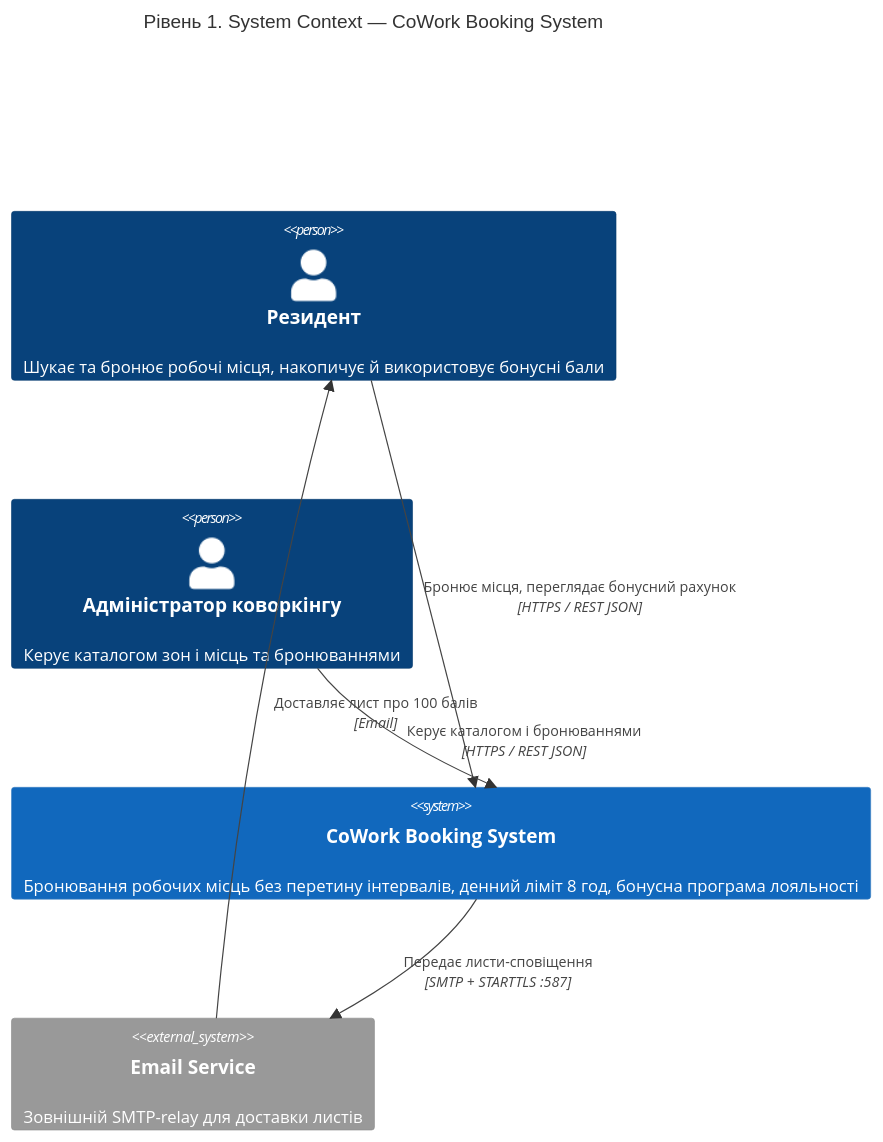
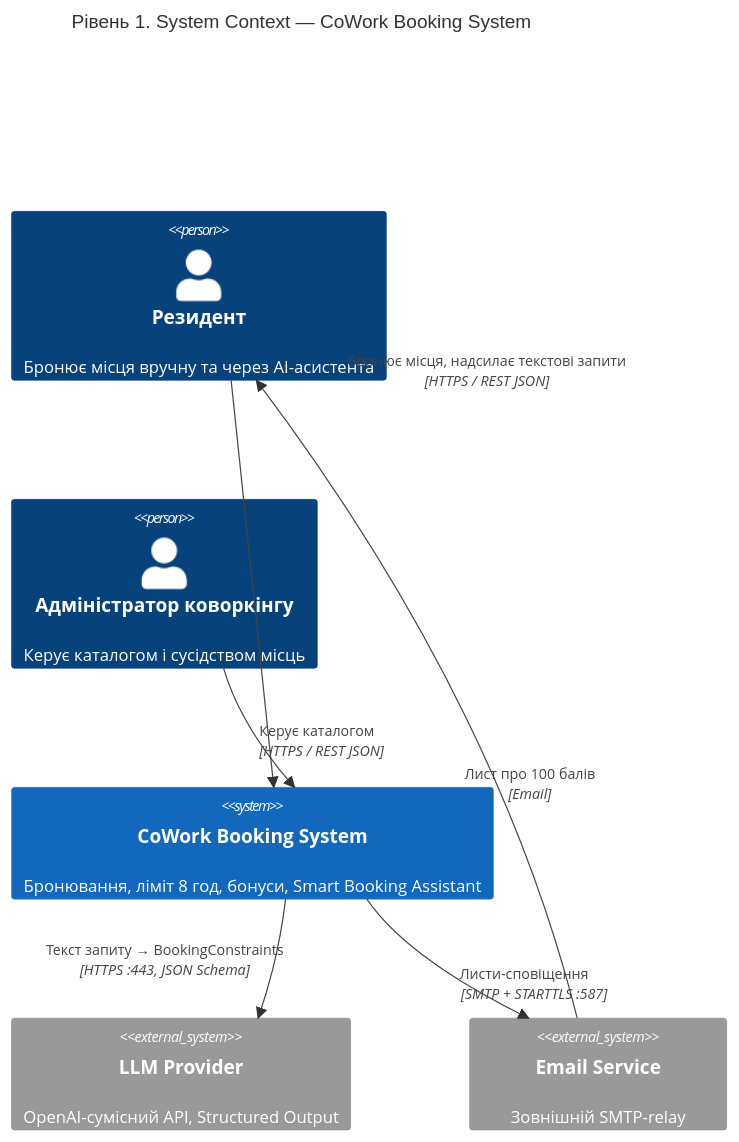
One commit to 1nxiz/F2-diploma-project changed the first of 6 diagrams in docs/2_design.md. Above: the diagram before and after it, drawn with Mermaid. The commit also changed other lines of this file and 21 other files, not shown here.

First line of the commit message:
docs: LR7 architecture consolidation, Smart Booking Assistant, AppSec and docs linter

````diff
--- a/docs/2_design.md
+++ b/docs/2_design.md
@@ -10,16 +88,22 @@
 ```mermaid
 C4Context
   title Рівень 1. System Context — CoWork Booking System
 
-  Person(resident, "Резидент", "Шукає та бронює робочі місця, накопичує й використовує бонусні бали")
-  Person(admin, "Адміністратор коворкінгу", "Керує каталогом зон і місць та бронюваннями")
-  System(cws, "CoWork Booking System", "Бронювання робочих місць без перетину інтервалів, денний ліміт 8 год, бонусна програма лояльності")
-  System_Ext(smtp, "Email Service", "Зовнішній SMTP-relay для доставки листів")
+  Person(resident, "Резидент", "Бронює місця вручну та через AI-асистента")
+  Person(admin, "Адміністратор коворкінгу", "Керує каталогом і сусідством місць")
+  System(cws, "CoWork Booking System", "Бронювання, ліміт 8 год, бонуси, Smart Booking Assistant")
+  System_Ext(llm, "LLM Provider", "OpenAI-сумісний API, Structured Output")
+  System_Ext(smtp, "Email Service", "Зовнішній SMTP-relay")
 
-  Rel(resident, cws, "Бронює місця, переглядає бонусний рахунок", "HTTPS / REST JSON")
-  Rel(admin, cws, "Керує каталогом і бронюваннями", "HTTPS / REST JSON")
-  Rel(cws, smtp, "Передає листи-сповіщення", "SMTP + STARTTLS :587")
-  Rel(smtp, resident, "Доставляє лист про 100 балів", "Email")
+  Rel(resident, cws, "Бронює місця, надсилає текстові запити", "HTTPS / REST JSON")
+  Rel(admin, cws, "Керує каталогом", "HTTPS / REST JSON")
+  Rel(cws, llm, "Текст запиту → BookingConstraints", "HTTPS :443, JSON Schema")
+  Rel(cws, smtp, "Листи-сповіщення", "SMTP + STARTTLS :587")
+  Rel(smtp, resident, "Лист про 100 балів", "Email")
 
+  UpdateRelStyle(resident, cws, $offsetX="80", $offsetY="-190")
+  UpdateRelStyle(cws, llm, $offsetX="-190", $offsetY="-10")
+  UpdateRelStyle(cws, smtp, $offsetX="10", $offsetY="10")
+  UpdateRelStyle(smtp, resident, $offsetX="40", $offsetY="60")
   UpdateLayoutConfig($c4ShapeInRow="2", $c4BoundaryInRow="1")
 ```
````
